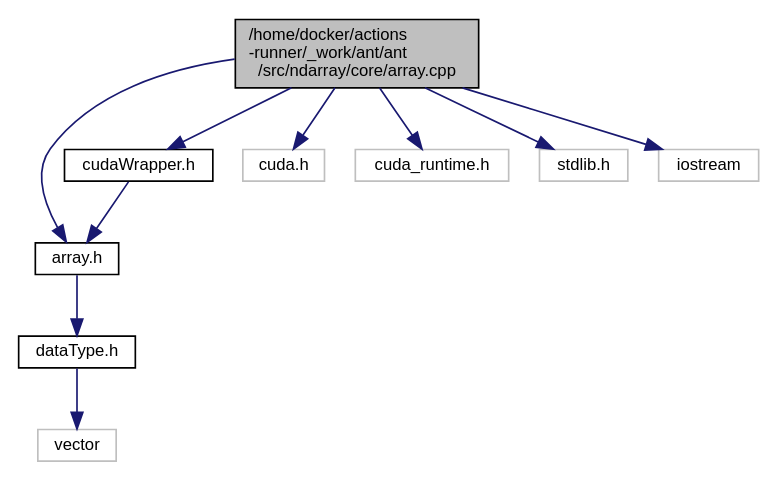
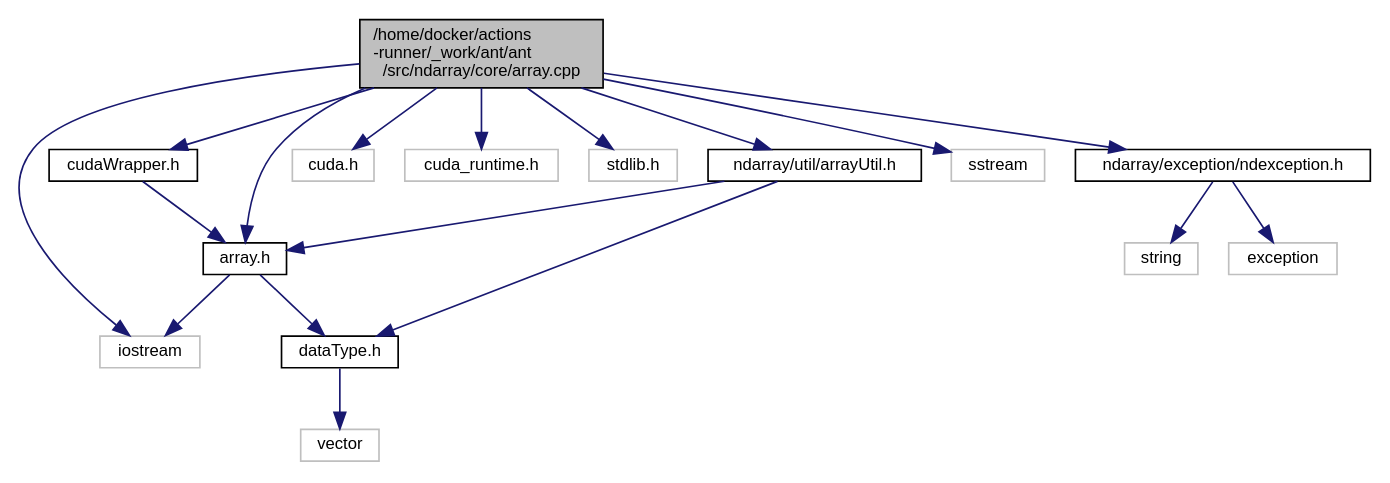
The diagram in array_8cpp__incl.dot (durbin-164/ant), drawn with Graphviz before and after one commit. The commit also changed 144 other files, not shown here.

```diff
--- a/array_8cpp__incl.dot
+++ b/array_8cpp__incl.dot
@@ -1,24 +1,37 @@
 digraph "/home/docker/actions-runner/_work/ant/ant/src/ndarray/core/array.cpp"
 {
  // LATEX_PDF_SIZE
   edge [fontname="Helvetica",fontsize="10",labelfontname="Helvetica",labelfontsize="10"];
   node [fontname="Helvetica",fontsize="10",shape=record];
   Node1 [label="/home/docker/actions\l-runner/_work/ant/ant\l/src/ndarray/core/array.cpp",height=0.2,width=0.4,color="black", fillcolor="grey75", style="filled", fontcolor="black",tooltip=" "];
   Node1 -> Node2 [color="midnightblue",fontsize="10",style="solid",fontname="Helvetica"];
   Node2 [label="array.h",height=0.2,width=0.4,color="black", fillcolor="white", style="filled",URL="$array_8h.html",tooltip=" "];
   Node2 -> Node3 [color="midnightblue",fontsize="10",style="solid",fontname="Helvetica"];
   Node3 [label="dataType.h",height=0.2,width=0.4,color="black", fillcolor="white", style="filled",URL="$dataType_8h.html",tooltip=" "];
   Node3 -> Node4 [color="midnightblue",fontsize="10",style="solid",fontname="Helvetica"];
   Node4 [label="vector",height=0.2,width=0.4,color="grey75", fillcolor="white", style="filled",tooltip=" "];
+  Node2 -> Node5 [color="midnightblue",fontsize="10",style="solid",fontname="Helvetica"];
+  Node5 [label="iostream",height=0.2,width=0.4,color="grey75", fillcolor="white", style="filled",tooltip=" "];
+  Node1 -> Node6 [color="midnightblue",fontsize="10",style="solid",fontname="Helvetica"];
+  Node6 [label="cudaWrapper.h",height=0.2,width=0.4,color="black", fillcolor="white", style="filled",URL="$cudaWrapper_8h.html",tooltip=" "];
+  Node6 -> Node2 [color="midnightblue",fontsize="10",style="solid",fontname="Helvetica"];
+  Node1 -> Node7 [color="midnightblue",fontsize="10",style="solid",fontname="Helvetica"];
+  Node7 [label="cuda.h",height=0.2,width=0.4,color="grey75", fillcolor="white", style="filled",tooltip=" "];
+  Node1 -> Node8 [color="midnightblue",fontsize="10",style="solid",fontname="Helvetica"];
+  Node8 [label="cuda_runtime.h",height=0.2,width=0.4,color="grey75", fillcolor="white", style="filled",tooltip=" "];
+  Node1 -> Node9 [color="midnightblue",fontsize="10",style="solid",fontname="Helvetica"];
+  Node9 [label="stdlib.h",height=0.2,width=0.4,color="grey75", fillcolor="white", style="filled",tooltip=" "];
   Node1 -> Node5 [color="midnightblue",fontsize="10",style="solid",fontname="Helvetica"];
-  Node5 [label="cudaWrapper.h",height=0.2,width=0.4,color="black", fillcolor="white", style="filled",URL="$cudaWrapper_8h.html",tooltip=" "];
-  Node5 -> Node2 [color="midnightblue",fontsize="10",style="solid",fontname="Helvetica"];
-  Node1 -> Node6 [color="midnightblue",fontsize="10",style="solid",fontname="Helvetica"];
-  Node6 [label="cuda.h",height=0.2,width=0.4,color="grey75", fillcolor="white", style="filled",tooltip=" "];
-  Node1 -> Node7 [color="midnightblue",fontsize="10",style="solid",fontname="Helvetica"];
-  Node7 [label="cuda_runtime.h",height=0.2,width=0.4,color="grey75", fillcolor="white", style="filled",tooltip=" "];
-  Node1 -> Node8 [color="midnightblue",fontsize="10",style="solid",fontname="Helvetica"];
-  Node8 [label="stdlib.h",height=0.2,width=0.4,color="grey75", fillcolor="white", style="filled",tooltip=" "];
-  Node1 -> Node9 [color="midnightblue",fontsize="10",style="solid",fontname="Helvetica"];
-  Node9 [label="iostream",height=0.2,width=0.4,color="grey75", fillcolor="white", style="filled",tooltip=" "];
+  Node1 -> Node10 [color="midnightblue",fontsize="10",style="solid",fontname="Helvetica"];
+  Node10 [label="ndarray/util/arrayUtil.h",height=0.2,width=0.4,color="black", fillcolor="white", style="filled",URL="$arrayUtil_8h.html",tooltip=" "];
+  Node10 -> Node3 [color="midnightblue",fontsize="10",style="solid",fontname="Helvetica"];
+  Node10 -> Node2 [color="midnightblue",fontsize="10",style="solid",fontname="Helvetica"];
+  Node1 -> Node11 [color="midnightblue",fontsize="10",style="solid",fontname="Helvetica"];
+  Node11 [label="sstream",height=0.2,width=0.4,color="grey75", fillcolor="white", style="filled",tooltip=" "];
+  Node1 -> Node12 [color="midnightblue",fontsize="10",style="solid",fontname="Helvetica"];
+  Node12 [label="ndarray/exception/ndexception.h",height=0.2,width=0.4,color="black", fillcolor="white", style="filled",URL="$ndexception_8h.html",tooltip=" "];
+  Node12 -> Node13 [color="midnightblue",fontsize="10",style="solid",fontname="Helvetica"];
+  Node13 [label="exception",height=0.2,width=0.4,color="grey75", fillcolor="white", style="filled",tooltip=" "];
+  Node12 -> Node14 [color="midnightblue",fontsize="10",style="solid",fontname="Helvetica"];
+  Node14 [label="string",height=0.2,width=0.4,color="grey75", fillcolor="white", style="filled",tooltip=" "];
 }
```
